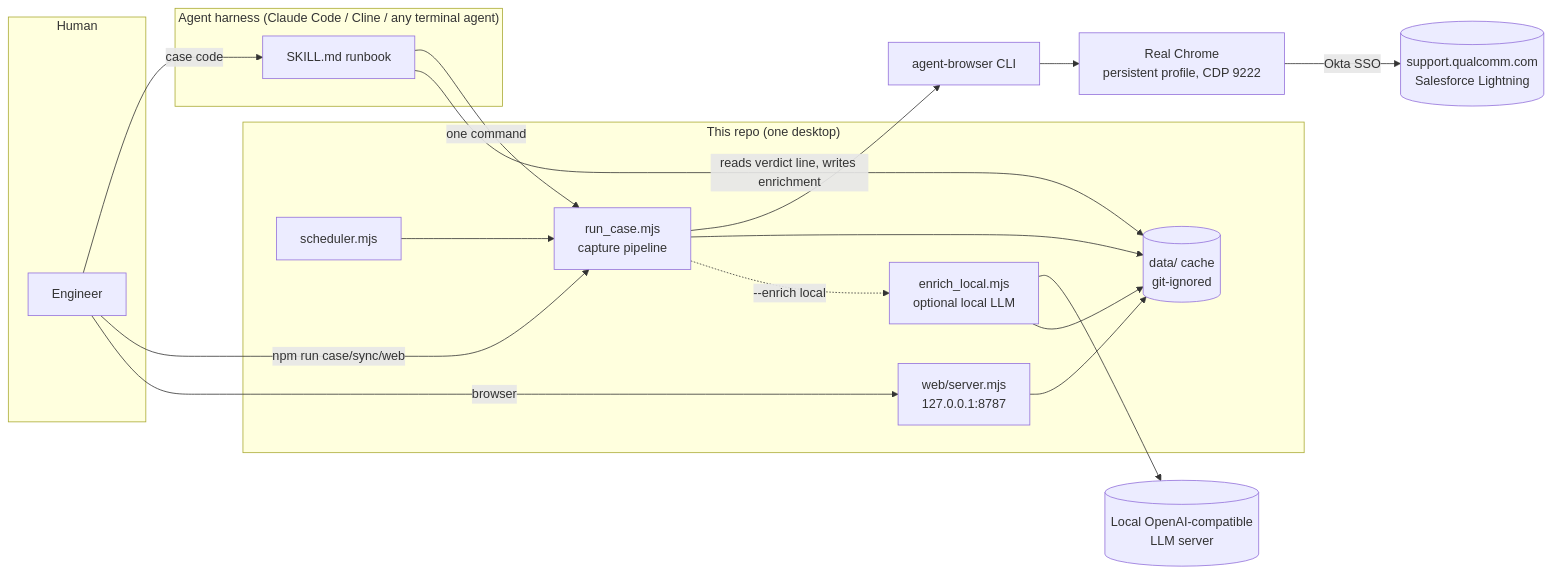
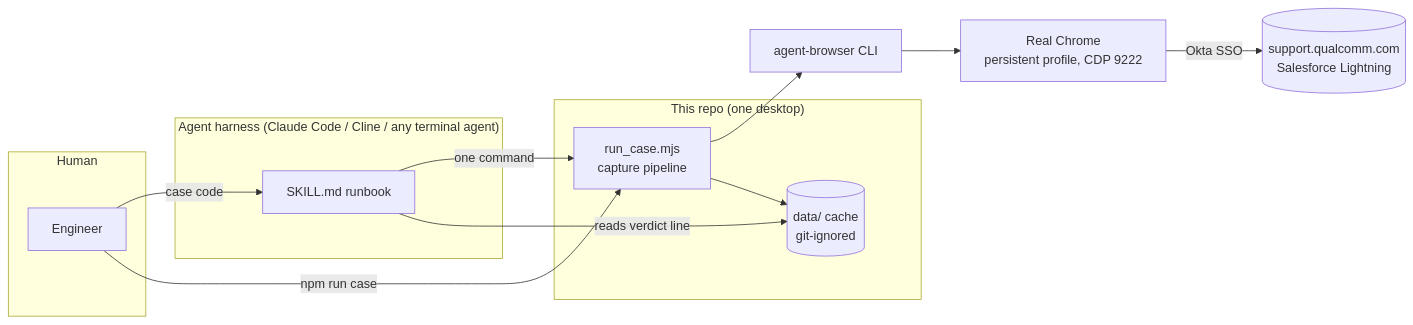
One commit to congtubkbn/qualcomm-case-agent changed the first of 5 diagrams in docs/DESIGN.md. Above: the diagram before and after it, drawn with Mermaid. The commit also changed other lines of this file and 11 other files, not shown here.

````diff
--- a/docs/DESIGN.md
+++ b/docs/DESIGN.md
@@ -47,32 +47,23 @@
 ```mermaid
 graph LR
   subgraph Human
     U[Engineer]
   end
   subgraph "Agent harness (Claude Code / Cline / any terminal agent)"
     S[SKILL.md runbook]
   end
   subgraph "This repo (one desktop)"
     RC[run_case.mjs<br/>capture pipeline]
-    EN[enrich_local.mjs<br/>optional local LLM]
-    SC[scheduler.mjs]
-    WEB[web/server.mjs<br/>127.0.0.1:8787]
     FS[(data/ cache<br/>git-ignored)]
   end
   AB[agent-browser CLI]
   CH[Real Chrome<br/>persistent profile, CDP 9222]
   QC[(support.qualcomm.com<br/>Salesforce Lightning)]
-  LLM[(Local OpenAI-compatible<br/>LLM server)]
 
   U -->|case code| S
   S -->|one command| RC
-  U -->|npm run case/sync/web| RC
+  U -->|npm run case| RC
   RC --> AB --> CH -->|Okta SSO| QC
   RC --> FS
-  SC --> RC
-  WEB --> FS
-  U -->|browser| WEB
-  RC -.->|--enrich local| EN --> LLM
-  EN --> FS
-  S -->|reads verdict line, writes enrichment| FS
+  S -->|reads verdict line| FS
 ```
````
